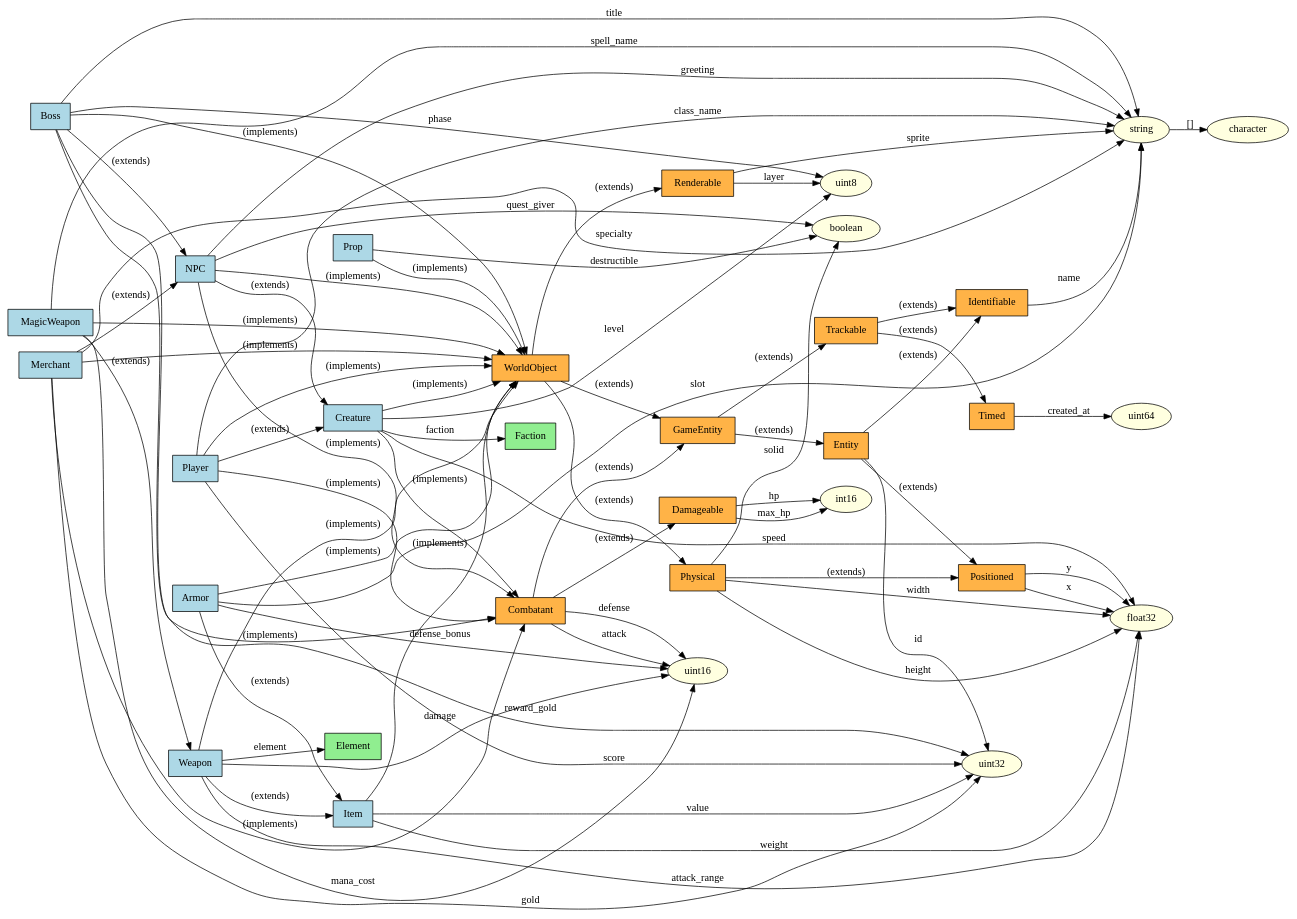
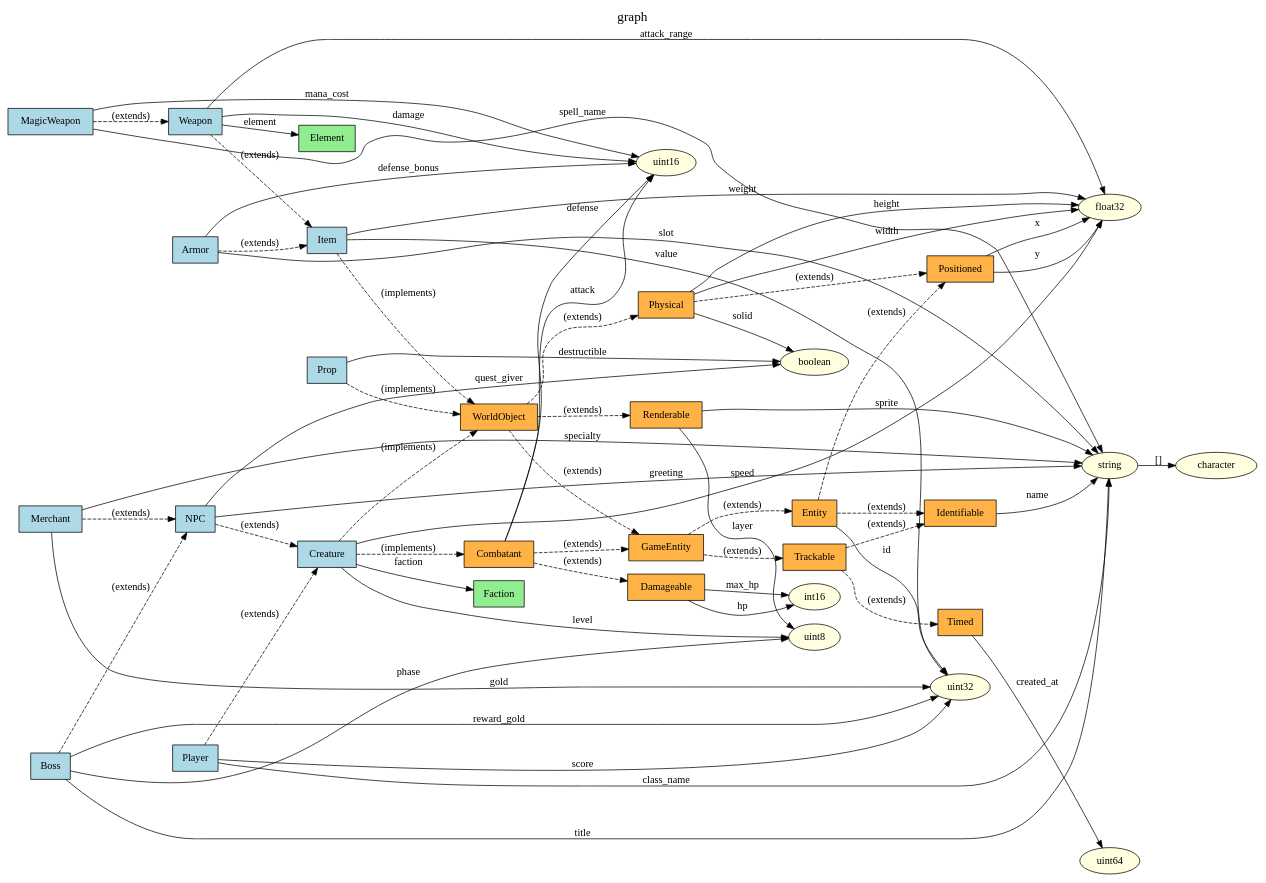
The diagram in scratch/graphs/entities.dot (curious-machines/typed_tables), drawn with Graphviz before and after one commit. The commit also changed 79 other files, not shown here.

First line of the commit message:
Fix graph implements edges and path-to target expansion

```diff
--- a/scratch/graphs/entities.dot
+++ b/scratch/graphs/entities.dot
@@ -1,109 +1,101 @@
 digraph types {
     rankdir=LR;
     node [style=filled];
+    label="graph";
+    labelloc=t;
+    fontsize=18;
 
     "Armor" [shape=box, fillcolor="#ADD8E6"];
     "Boss" [shape=box, fillcolor="#ADD8E6"];
     "Combatant" [shape=box, fillcolor="#FFB347"];
     "Creature" [shape=box, fillcolor="#ADD8E6"];
     "Damageable" [shape=box, fillcolor="#FFB347"];
     "Element" [shape=box, fillcolor="#90EE90"];
     "Entity" [shape=box, fillcolor="#FFB347"];
     "Faction" [shape=box, fillcolor="#90EE90"];
     "GameEntity" [shape=box, fillcolor="#FFB347"];
     "Identifiable" [shape=box, fillcolor="#FFB347"];
     "Item" [shape=box, fillcolor="#ADD8E6"];
     "MagicWeapon" [shape=box, fillcolor="#ADD8E6"];
     "Merchant" [shape=box, fillcolor="#ADD8E6"];
     "NPC" [shape=box, fillcolor="#ADD8E6"];
     "Physical" [shape=box, fillcolor="#FFB347"];
     "Player" [shape=box, fillcolor="#ADD8E6"];
     "Positioned" [shape=box, fillcolor="#FFB347"];
     "Prop" [shape=box, fillcolor="#ADD8E6"];
     "Renderable" [shape=box, fillcolor="#FFB347"];
     "Timed" [shape=box, fillcolor="#FFB347"];
     "Trackable" [shape=box, fillcolor="#FFB347"];
     "Weapon" [shape=box, fillcolor="#ADD8E6"];
     "WorldObject" [shape=box, fillcolor="#FFB347"];
     "boolean" [shape=ellipse, fillcolor="#FFFFE0"];
     "character" [shape=ellipse, fillcolor="#FFFFE0"];
     "float32" [shape=ellipse, fillcolor="#FFFFE0"];
     "int16" [shape=ellipse, fillcolor="#FFFFE0"];
     "string" [shape=ellipse, fillcolor="#FFFFE0"];
     "uint16" [shape=ellipse, fillcolor="#FFFFE0"];
     "uint32" [shape=ellipse, fillcolor="#FFFFE0"];
     "uint64" [shape=ellipse, fillcolor="#FFFFE0"];
     "uint8" [shape=ellipse, fillcolor="#FFFFE0"];
 
     "string" -> "character" [label="[]"];
     "Identifiable" -> "string" [label="name"];
     "Positioned" -> "float32" [label="x"];
     "Positioned" -> "float32" [label="y"];
     "Timed" -> "uint64" [label="created_at"];
     "Renderable" -> "string" [label="sprite"];
     "Renderable" -> "uint8" [label="layer"];
     "Damageable" -> "int16" [label="hp"];
     "Damageable" -> "int16" [label="max_hp"];
     "Entity" -> "uint32" [label="id"];
-    "Entity" -> "Identifiable" [label="(extends)"];
-    "Entity" -> "Positioned" [label="(extends)"];
-    "Trackable" -> "Identifiable" [label="(extends)"];
-    "Trackable" -> "Timed" [label="(extends)"];
+    "Entity" -> "Identifiable" [label="(extends)", style=dashed];
+    "Entity" -> "Positioned" [label="(extends)", style=dashed];
+    "Trackable" -> "Identifiable" [label="(extends)", style=dashed];
+    "Trackable" -> "Timed" [label="(extends)", style=dashed];
     "Physical" -> "float32" [label="width"];
     "Physical" -> "float32" [label="height"];
     "Physical" -> "boolean" [label="solid"];
-    "Physical" -> "Positioned" [label="(extends)"];
-    "GameEntity" -> "Entity" [label="(extends)"];
-    "GameEntity" -> "Trackable" [label="(extends)"];
-    "WorldObject" -> "GameEntity" [label="(extends)"];
-    "WorldObject" -> "Renderable" [label="(extends)"];
-    "WorldObject" -> "Physical" [label="(extends)"];
+    "Physical" -> "Positioned" [label="(extends)", style=dashed];
+    "GameEntity" -> "Entity" [label="(extends)", style=dashed];
+    "GameEntity" -> "Trackable" [label="(extends)", style=dashed];
+    "WorldObject" -> "GameEntity" [label="(extends)", style=dashed];
+    "WorldObject" -> "Renderable" [label="(extends)", style=dashed];
+    "WorldObject" -> "Physical" [label="(extends)", style=dashed];
     "Combatant" -> "uint16" [label="attack"];
     "Combatant" -> "uint16" [label="defense"];
-    "Combatant" -> "GameEntity" [label="(extends)"];
-    "Combatant" -> "Damageable" [label="(extends)"];
+    "Combatant" -> "GameEntity" [label="(extends)", style=dashed];
+    "Combatant" -> "Damageable" [label="(extends)", style=dashed];
     "Item" -> "float32" [label="weight"];
     "Item" -> "uint32" [label="value"];
-    "Item" -> "WorldObject" [label="(implements)"];
+    "Item" -> "WorldObject" [label="(implements)", style=dashed];
     "Creature" -> "float32" [label="speed"];
     "Creature" -> "uint8" [label="level"];
     "Creature" -> "Faction" [label="faction"];
-    "Creature" -> "Combatant" [label="(implements)"];
-    "Creature" -> "WorldObject" [label="(implements)"];
+    "Creature" -> "Combatant" [label="(implements)", style=dashed];
+    "Creature" -> "WorldObject" [label="(implements)", style=dashed];
     "Prop" -> "boolean" [label="destructible"];
-    "Prop" -> "WorldObject" [label="(implements)"];
+    "Prop" -> "WorldObject" [label="(implements)", style=dashed];
     "Weapon" -> "uint16" [label="damage"];
     "Weapon" -> "float32" [label="attack_range"];
     "Weapon" -> "Element" [label="element"];
-    "Weapon" -> "Item" [label="(extends)"];
-    "Weapon" -> "WorldObject" [label="(implements)"];
+    "Weapon" -> "Item" [label="(extends)", style=dashed];
     "Armor" -> "uint16" [label="defense_bonus"];
     "Armor" -> "string" [label="slot"];
-    "Armor" -> "Item" [label="(extends)"];
-    "Armor" -> "WorldObject" [label="(implements)"];
+    "Armor" -> "Item" [label="(extends)", style=dashed];
     "NPC" -> "string" [label="greeting"];
     "NPC" -> "boolean" [label="quest_giver"];
-    "NPC" -> "Creature" [label="(extends)"];
-    "NPC" -> "Combatant" [label="(implements)"];
-    "NPC" -> "WorldObject" [label="(implements)"];
+    "NPC" -> "Creature" [label="(extends)", style=dashed];
     "Player" -> "uint32" [label="score"];
     "Player" -> "string" [label="class_name"];
-    "Player" -> "Creature" [label="(extends)"];
-    "Player" -> "Combatant" [label="(implements)"];
-    "Player" -> "WorldObject" [label="(implements)"];
+    "Player" -> "Creature" [label="(extends)", style=dashed];
     "MagicWeapon" -> "uint16" [label="mana_cost"];
     "MagicWeapon" -> "string" [label="spell_name"];
-    "MagicWeapon" -> "Weapon" [label="(extends)"];
-    "MagicWeapon" -> "WorldObject" [label="(implements)"];
+    "MagicWeapon" -> "Weapon" [label="(extends)", style=dashed];
     "Boss" -> "uint8" [label="phase"];
     "Boss" -> "string" [label="title"];
     "Boss" -> "uint32" [label="reward_gold"];
-    "Boss" -> "NPC" [label="(extends)"];
-    "Boss" -> "Combatant" [label="(implements)"];
-    "Boss" -> "WorldObject" [label="(implements)"];
+    "Boss" -> "NPC" [label="(extends)", style=dashed];
     "Merchant" -> "uint32" [label="gold"];
     "Merchant" -> "string" [label="specialty"];
-    "Merchant" -> "NPC" [label="(extends)"];
-    "Merchant" -> "Combatant" [label="(implements)"];
-    "Merchant" -> "WorldObject" [label="(implements)"];
+    "Merchant" -> "NPC" [label="(extends)", style=dashed];
 }
```
